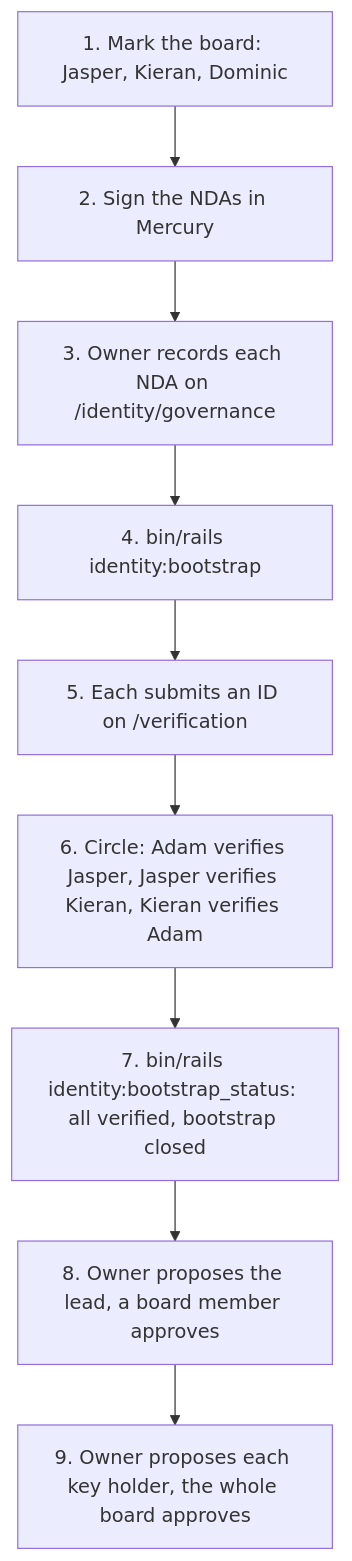
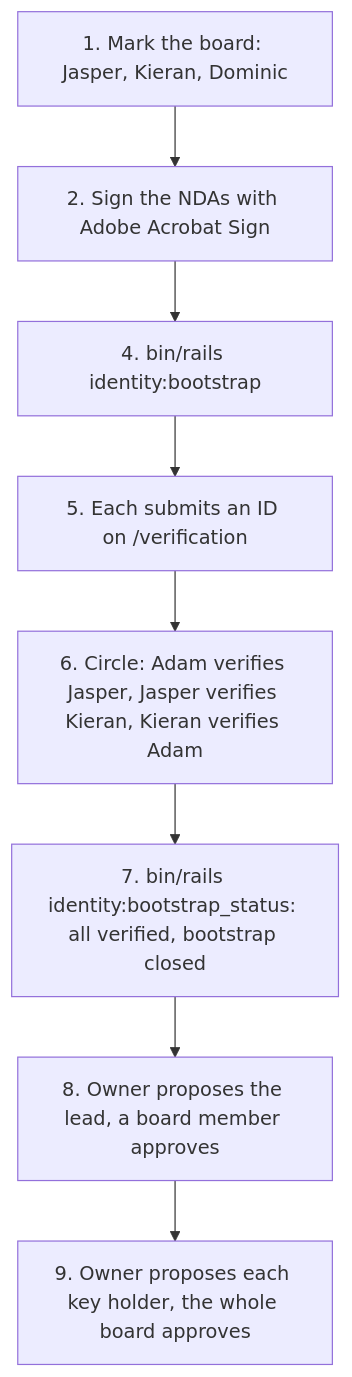
One commit to patchworklabsorg/weave changed the second of 3 diagrams in docs/KYC_ROLLOUT.md. Above: the diagram before and after it, drawn with Mermaid. The commit also changed other lines of this file, not shown here.

````diff
--- a/docs/KYC_ROLLOUT.md
+++ b/docs/KYC_ROLLOUT.md
@@ -125,11 +154,10 @@
 ```mermaid
 flowchart TD
-  A[1. Mark the board: Jasper, Kieran, Dominic] --> B[2. Sign the NDAs in Mercury]
-  B --> C[3. Owner records each NDA on /identity/governance]
-  C --> D[4. bin/rails identity:bootstrap]
+  A[1. Mark the board: Jasper, Kieran, Dominic] --> B[2. Sign the NDAs with Adobe Acrobat Sign]
+  B --> D[4. bin/rails identity:bootstrap]
   D --> E[5. Each submits an ID on /verification]
   E --> F[6. Circle: Adam verifies Jasper, Jasper verifies Kieran, Kieran verifies Adam]
   F --> G[7. bin/rails identity:bootstrap_status: all verified, bootstrap closed]
   G --> H[8. Owner proposes the lead, a board member approves]
   H --> I[9. Owner proposes each key holder, the whole board approves]
 ```
````
